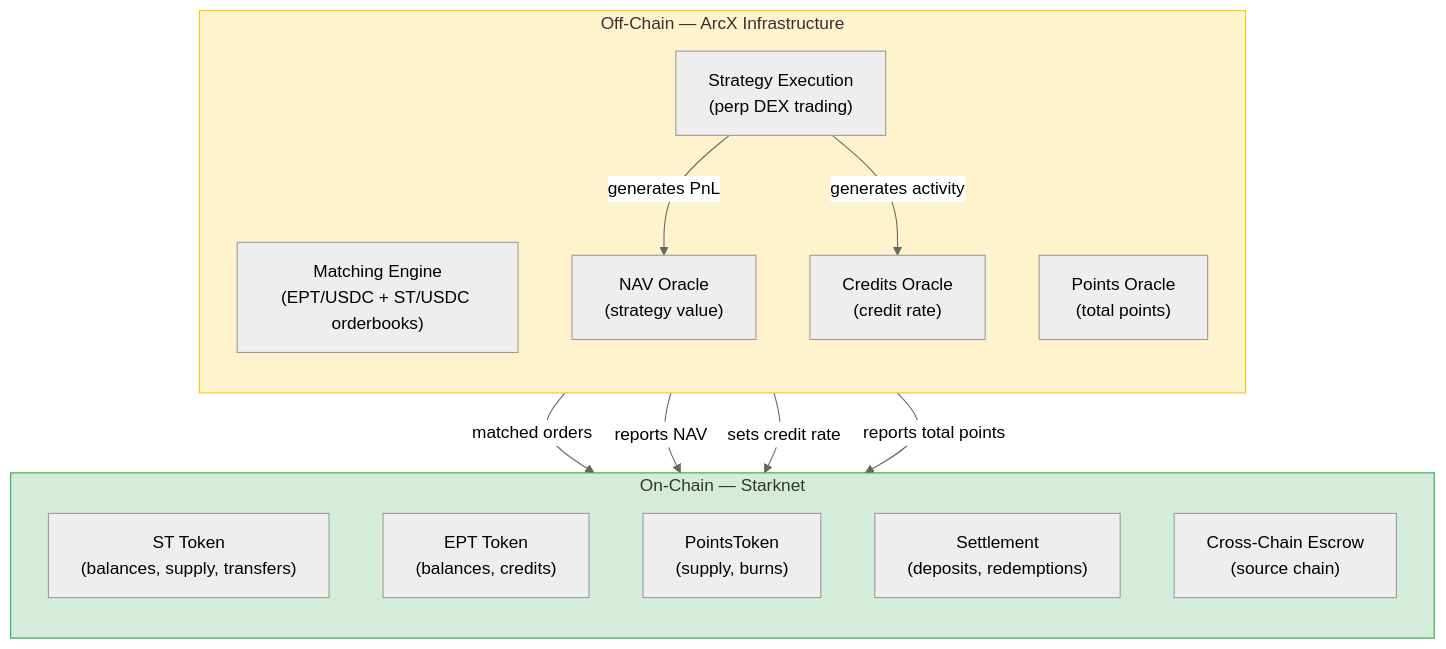
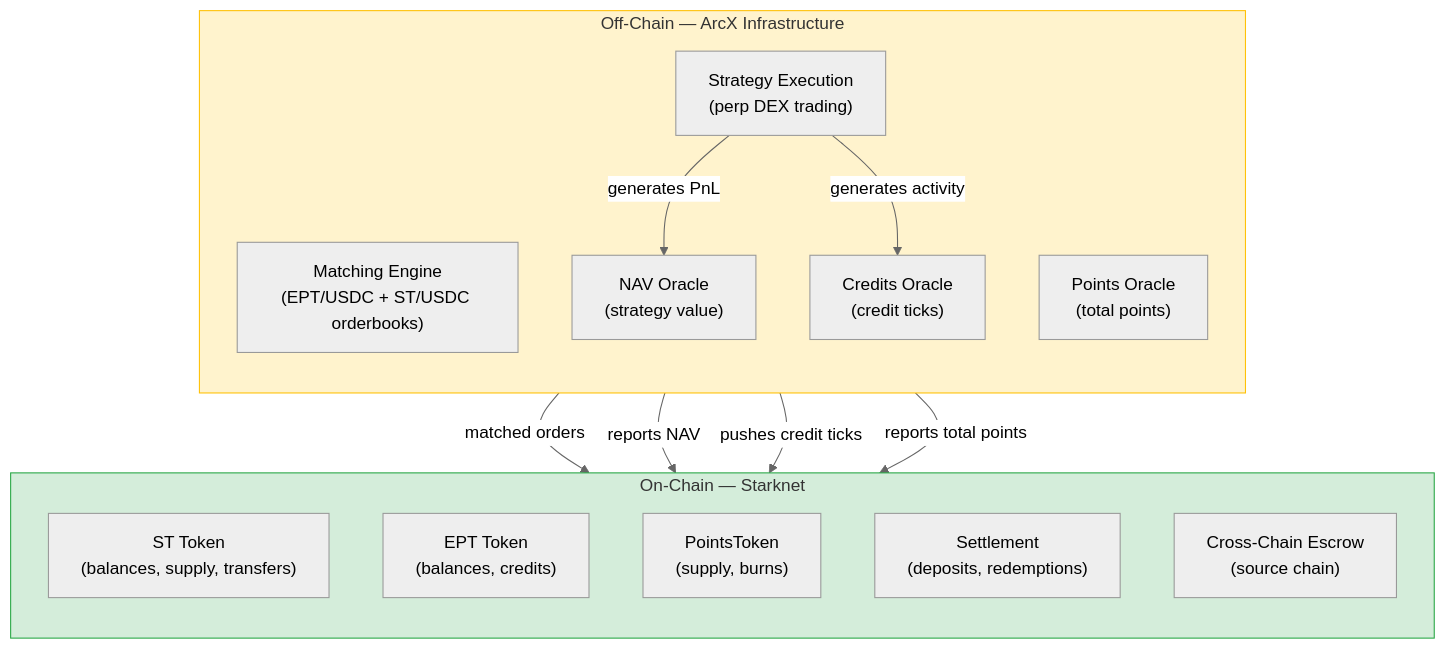
One commit to karnotxyz/docs changed the diagram in deep-dives/trust-model-and-security.mdx. Above: the diagram before and after it, drawn with Mermaid (neutral theme). The commit also changed other lines of this file and 15 other files, not shown here.

````diff
--- a/deep-dives/trust-model-and-security.mdx
+++ b/deep-dives/trust-model-and-security.mdx
@@ -197,30 +197,30 @@
 ```mermaid
 flowchart TB
     subgraph ON_CHAIN["On-Chain — Starknet"]
         direction TB
         ST["ST Token\n(balances, supply, transfers)"]
         EPT["EPT Token\n(balances, credits)"]
         PT["PointsToken\n(supply, burns)"]
         SETTLE["Settlement\n(deposits, redemptions)"]
         ESC["Cross-Chain Escrow\n(source chain)"]
     end
 
     subgraph OFF_CHAIN["Off-Chain — ArcX Infrastructure"]
         direction TB
         MATCH["Matching Engine\n(EPT/USDC + ST/USDC orderbooks)"]
         NAV["NAV Oracle\n(strategy value)"]
-        CR["Credits Oracle\n(credit rate)"]
+        CR["Credits Oracle\n(credit ticks)"]
         FP["Points Oracle\n(total points)"]
         STRAT["Strategy Execution\n(perp DEX trading)"]
     end
 
     MATCH -->|"matched orders"| SETTLE
     NAV -->|"reports NAV"| ST
-    CR -->|"sets credit rate"| EPT
+    CR -->|"pushes credit ticks"| EPT
     FP -->|"reports total points"| EPT
     STRAT -->|"generates PnL"| NAV
     STRAT -->|"generates activity"| CR
 
     style ON_CHAIN fill:#d4edda,stroke:#28a745
     style OFF_CHAIN fill:#fff3cd,stroke:#ffc107
 ```
````
